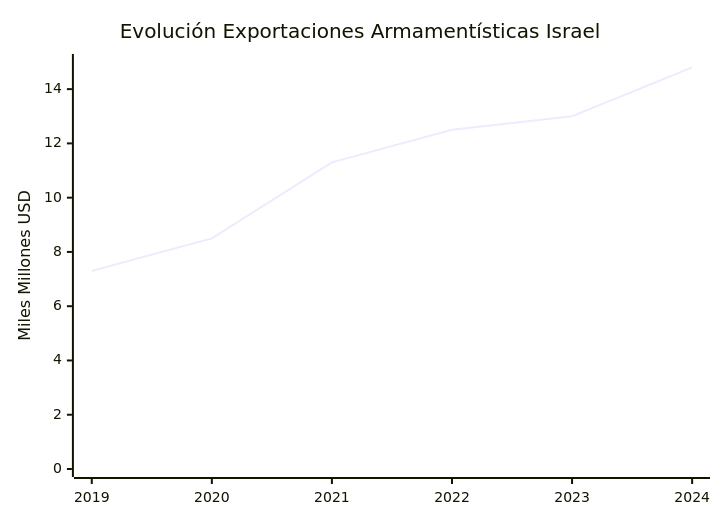
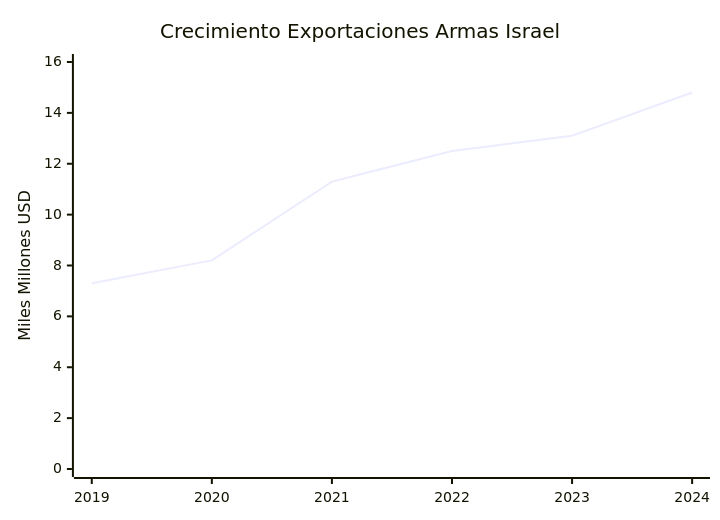
The third of 11 diagrams in intel/israel_geopolitical_analysis.md (perpetuocambio/annotations), drawn with Mermaid before and after one commit. The commit also changed other lines of this file, not shown here.

````diff
--- a/intel/israel_geopolitical_analysis.md
+++ b/intel/israel_geopolitical_analysis.md
@@ -115,7 +150,7 @@
 ```mermaid
 xychart-beta
-    title "Evolución Exportaciones Armamentísticas Israel"
+    title "Crecimiento Exportaciones Armas Israel"
     x-axis [2019, 2020, 2021, 2022, 2023, 2024]
-    y-axis "Miles Millones USD" 0 --> 15
-    line [7.3, 8.5, 11.3, 12.5, 13.0, 14.8]
+    y-axis "Miles Millones USD" 0 --> 16
+    line [7.3, 8.2, 11.3, 12.5, 13.1, 14.8]
 ```
````
